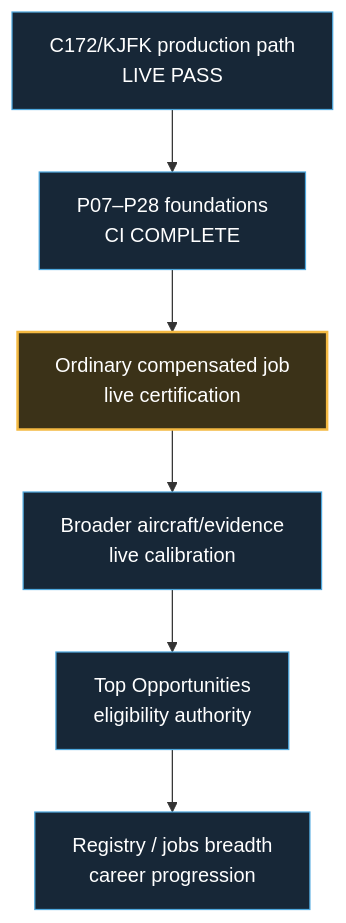
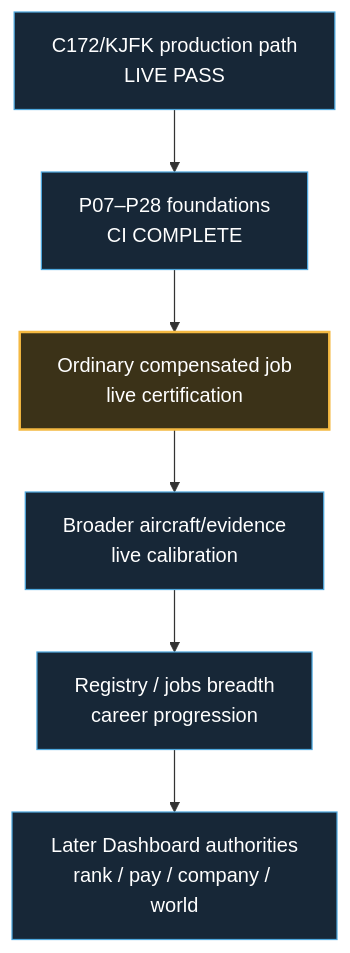
Before and after one commit to dhavalpddn-eng/OpenCareer: the second of 2 diagrams in docs/development-master-checklist.md, drawn with Mermaid. The commit also changed other lines of this file and 9 other files, not shown here.

````diff
--- a/docs/development-master-checklist.md
+++ b/docs/development-master-checklist.md
@@ -54,13 +54,13 @@
 ```mermaid
 flowchart TD
     A["C172/KJFK production path<br/>LIVE PASS"] --> B["P07–P28 foundations<br/>CI COMPLETE"]
     B --> C["Ordinary compensated job<br/>live certification"]
     C --> D["Broader aircraft/evidence<br/>live calibration"]
-    D --> E["Top Opportunities<br/>eligibility authority"]
-    E --> F["Registry / jobs breadth<br/>career progression"]
+    D --> E["Registry / jobs breadth<br/>career progression"]
+    E --> F["Later Dashboard authorities<br/>rank / pay / company / world"]
 
     classDef next fill:#3b3218,stroke:#F4B942,color:#fff,stroke-width:2px;
     classDef future fill:#172737,stroke:#4EA8DE,color:#fff,stroke-width:1px;
     class C next;
     class A,B,D,E,F future;
 ```
````
